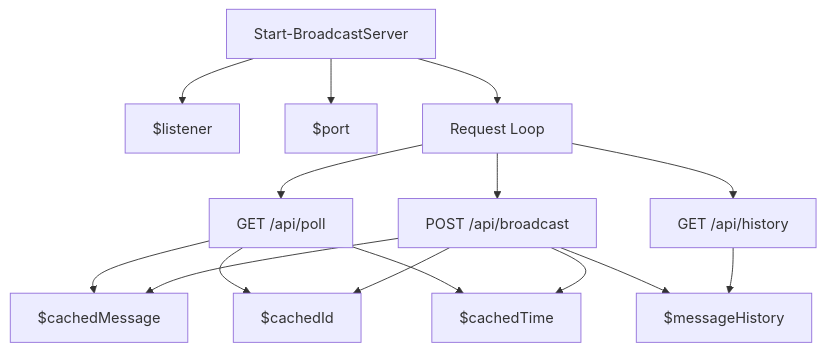
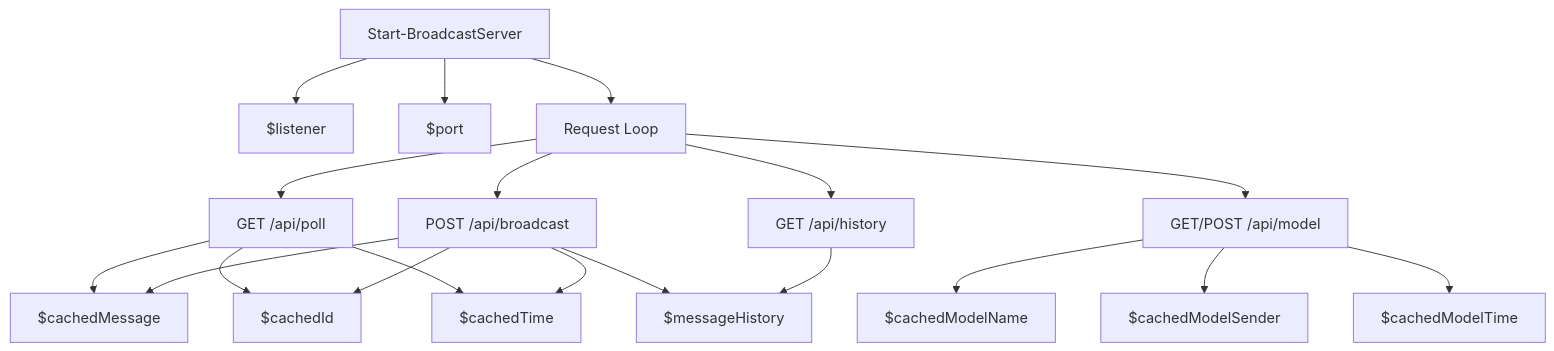
The diagram in docs/variables'n'functions/[PowerShell]broadcast_server.md (DovahkiinYuzuko/ddo-saba), drawn with Mermaid before and after one commit. The commit also changed other lines of this file and 6 other files, not shown here.

````diff
--- a/docs/variables'n'functions/[PowerShell]broadcast_server.md
+++ b/docs/variables'n'functions/[PowerShell]broadcast_server.md
@@ -43,17 +57,21 @@
 ```mermaid
 graph TD
     start[Start-BroadcastServer] --> listener[$listener]
     start --> port[$port]
     start --> loop[Request Loop]
     loop --> poll[GET /api/poll]
     loop --> broadcast[POST /api/broadcast]
     loop --> history[GET /api/history]
+    loop --> model[GET/POST /api/model]
     poll --> cacheMsg[$cachedMessage]
     poll --> cacheId[$cachedId]
     poll --> cacheTime[$cachedTime]
     broadcast --> cacheMsg
     broadcast --> cacheId
     broadcast --> cacheTime
     broadcast --> cacheHist[$messageHistory]
     history --> cacheHist
+    model --> cacheModelName[$cachedModelName]
+    model --> cacheModelSender[$cachedModelSender]
+    model --> cacheModelTime[$cachedModelTime]
 ```
````
